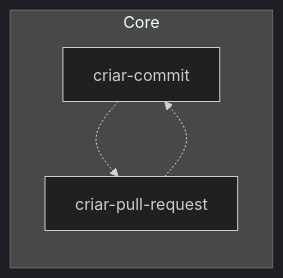
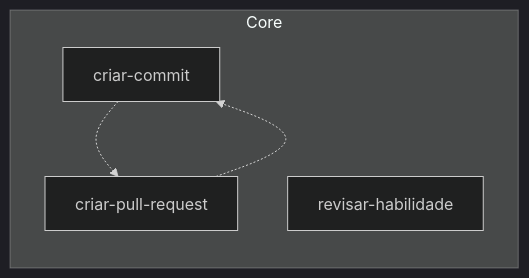
The diagram in .agents/skills/README.md (jimmyandrade/harness), drawn with Mermaid (dark theme) before and after one commit. The commit also changed other lines of this file and 5 other files, not shown here.

First line of the commit message:
feat(revisar-habilidade): move the skill to the core (#18)

````diff
--- a/.agents/skills/README.md
+++ b/.agents/skills/README.md
@@ -13,9 +13,10 @@
 ```mermaid
 flowchart LR
   subgraph core["Core"]
     criar_commit["criar-commit"]
     criar_pull_request["criar-pull-request"]
+    revisar_habilidade["revisar-habilidade"]
   end
   criar_commit -.-> criar_pull_request
   criar_pull_request -.-> criar_commit
 ```
````
